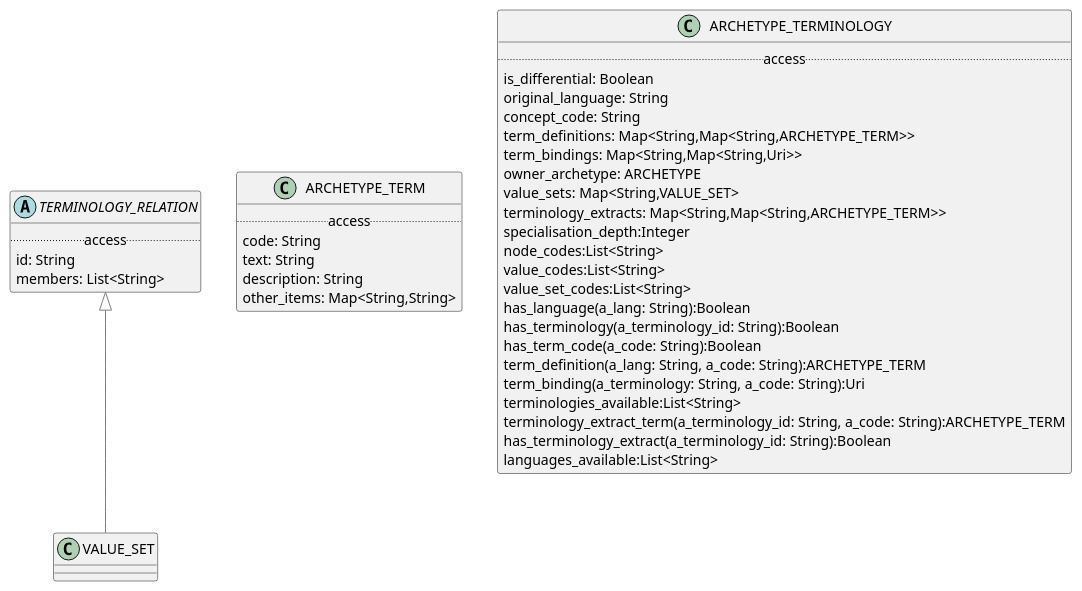
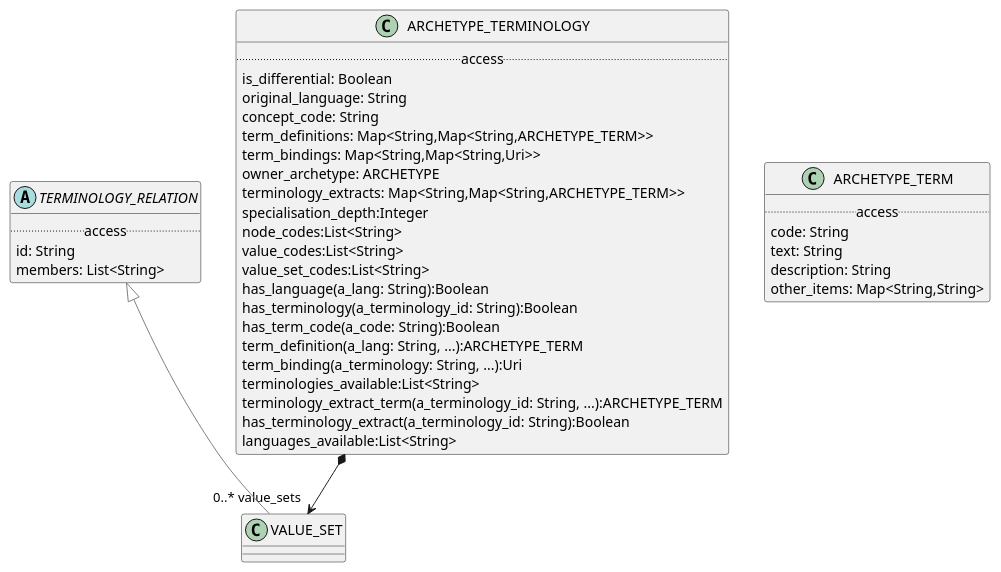
One commit to wolandscat/openehr-doc changed the diagram in modules/ROOT/examples/bmm/languages/aom2/terminology/terminology-package-uml.adoc. Above: the diagram before and after it, drawn with PlantUML. The commit also changed 26 other files, not shown here.

```diff
--- a/modules/ROOT/examples/bmm/languages/aom2/terminology/terminology-package-uml.adoc
+++ b/modules/ROOT/examples/bmm/languages/aom2/terminology/terminology-package-uml.adoc
@@ -3,55 +3,56 @@
 [plantuml,opts=interactive,link=self]
 ....
 skinparam groupInheritance 2
 skinparam citedClassColor #FDFDFD
 
 
 class ARCHETYPE_TERM [[/openehr-doc/latest/languages/aom2-gen.html#_class_archetype_term]] {
         .. access ..
         code: String
         text: String
         description: String
         other_items: Map<String,String>
 }
 
 
 class ARCHETYPE_TERMINOLOGY [[/openehr-doc/latest/languages/aom2-gen.html#_class_archetype_terminology]] {
         .. access ..
         is_differential: Boolean
         original_language: String
         concept_code: String
         term_definitions: Map<String,Map<String,ARCHETYPE_TERM>>
         term_bindings: Map<String,Map<String,Uri>>
         owner_archetype: ARCHETYPE
-        value_sets: Map<String,VALUE_SET>
         terminology_extracts: Map<String,Map<String,ARCHETYPE_TERM>>
         specialisation_depth:Integer
         node_codes:List<String>
         value_codes:List<String>
         value_set_codes:List<String>
         has_language(a_lang: String):Boolean
         has_terminology(a_terminology_id: String):Boolean
         has_term_code(a_code: String):Boolean
-        term_definition(a_lang: String, a_code: String):ARCHETYPE_TERM
-        term_binding(a_terminology: String, a_code: String):Uri
+        term_definition(a_lang: String, ...):ARCHETYPE_TERM
+        term_binding(a_terminology: String, ...):Uri
         terminologies_available:List<String>
-        terminology_extract_term(a_terminology_id: String, a_code: String):ARCHETYPE_TERM
+        terminology_extract_term(a_terminology_id: String, ...):ARCHETYPE_TERM
         has_terminology_extract(a_terminology_id: String):Boolean
         languages_available:List<String>
 }
 
+
+ARCHETYPE_TERMINOLOGY *--> "0..* value_sets" VALUE_SET
 
 class VALUE_SET [[/openehr-doc/latest/languages/aom2-gen.html#_class_value_set]] {
 }
 
 VALUE_SET -[#gray]up-|> TERMINOLOGY_RELATION  
 
 
 abstract class TERMINOLOGY_RELATION [[/openehr-doc/latest/languages/aom2-gen.html#_class_terminology_relation]] {
         .. access ..
         id: String
         members: List<String>
 }
 
 
 ....
```
